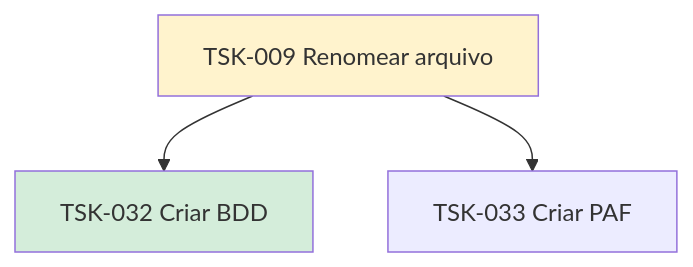
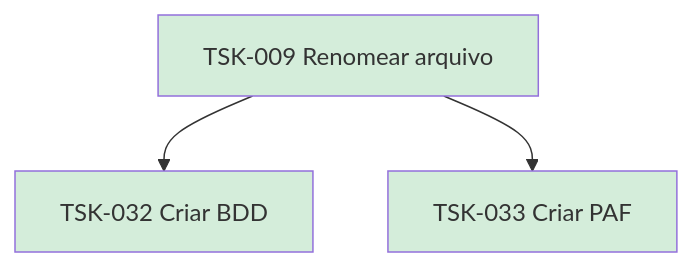
One commit to laerciogermano/workstation changed the diagram in flow/tasks/TSK-001-criar-epico/TSK-002-criar-as-historias/TSK-003-explorar/TSK-009-renomear-arquivo/README.md. Above: the diagram before and after it, drawn with Mermaid. The commit also changed other lines of this file and 21 other files, not shown here.

````diff
--- a/flow/tasks/TSK-001-criar-epico/TSK-002-criar-as-historias/TSK-003-explorar/TSK-009-renomear-arquivo/README.md
+++ b/flow/tasks/TSK-001-criar-epico/TSK-002-criar-as-historias/TSK-003-explorar/TSK-009-renomear-arquivo/README.md
@@ -12,10 +12,11 @@
 ```mermaid
 flowchart TD
   T009[TSK-009 Renomear arquivo]
   T032[TSK-032 Criar BDD]
   T033[TSK-033 Criar PAF]
   T009 --> T032
   T009 --> T033
-  style T009 fill:#fff3cd
+  style T009 fill:#d4edda
   style T032 fill:#d4edda
+  style T033 fill:#d4edda
 ```
````
